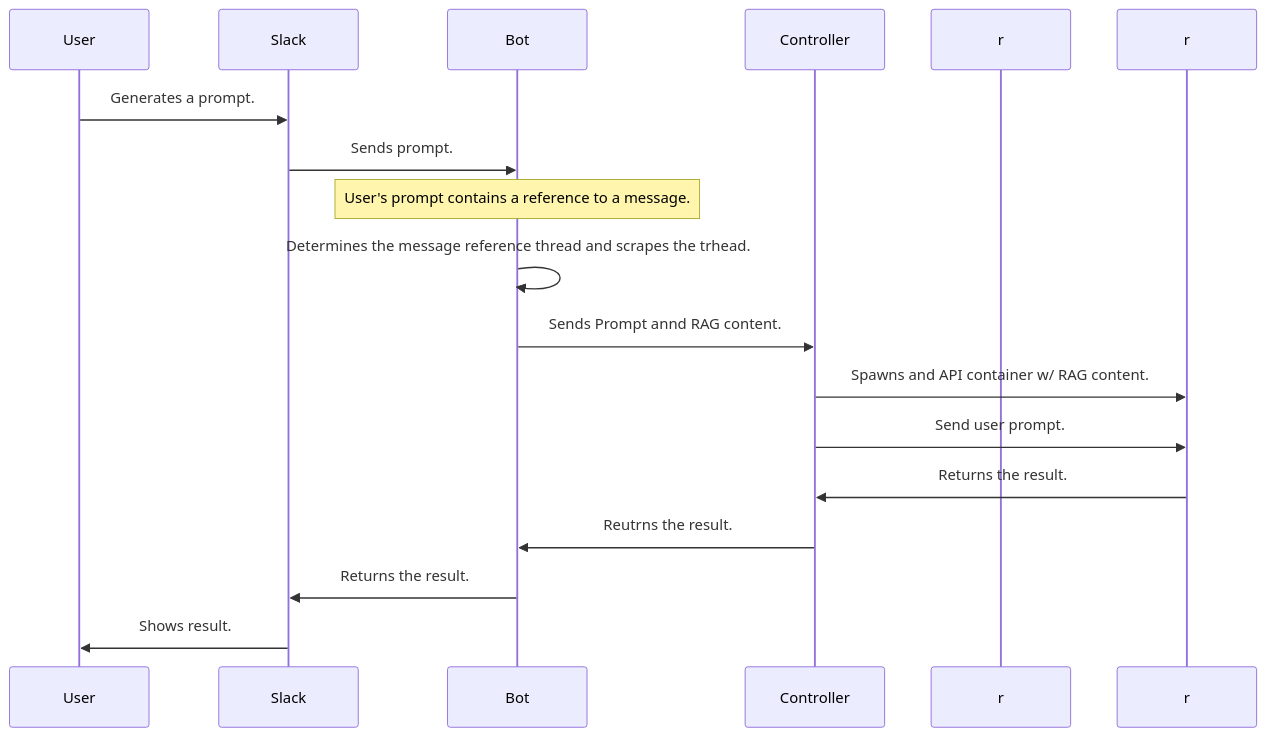
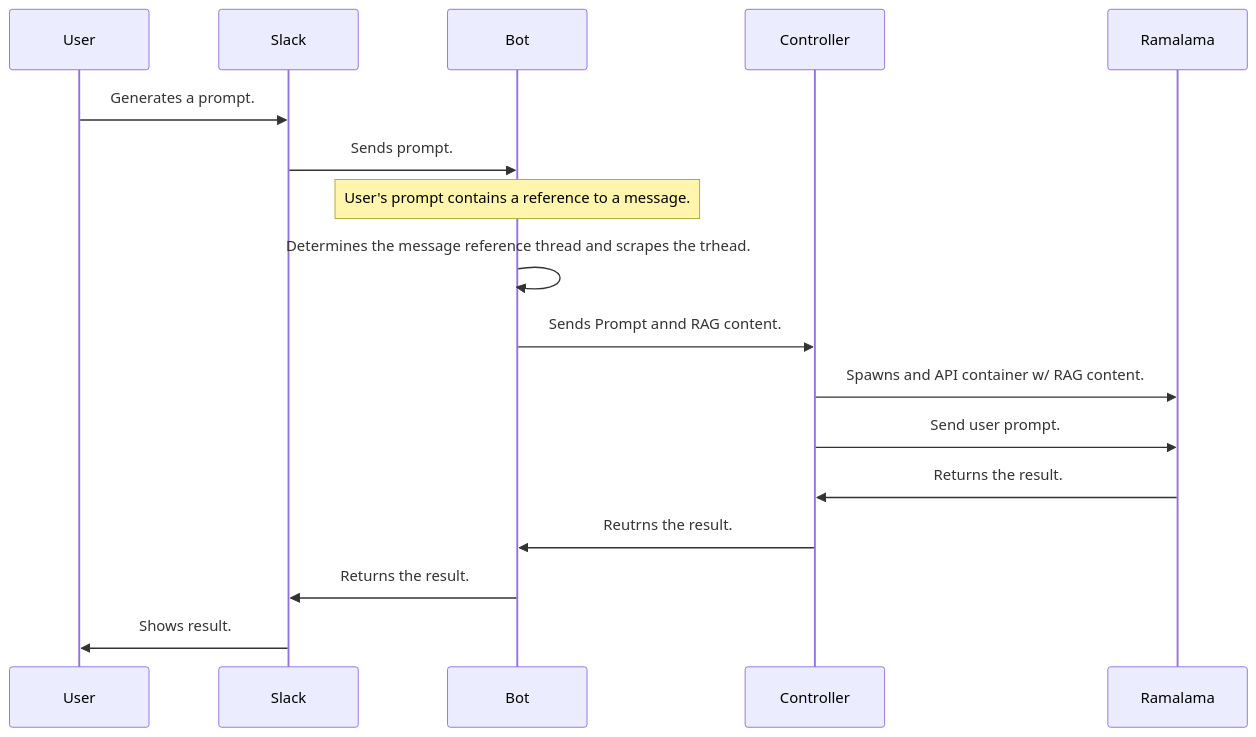
One commit to techdev5521/dramalama changed the diagram in README.md. Above: the diagram before and after it, drawn with Mermaid.

Commit message:
Correct RamaLama actor

````diff
--- a/README.md
+++ b/README.md
@@ -6,21 +6,21 @@
 ```mermaid
 sequenceDiagram
 
     participant User
     participant Slack
     participant Bot
     participant Controller
-    participant RamaLama as r
+    participant r as Ramalama
 
     User ->> Slack: Generates a prompt.
     Slack ->> Bot: Sends prompt.
     note over Bot: User's prompt contains a reference to a message.
     Bot ->> Bot: Determines the message reference thread and scrapes the trhead.
     Bot ->> Controller: Sends Prompt annd RAG content.
     Controller ->> r: Spawns and API container w/ RAG content.
     Controller ->> r: Send user prompt.
     r ->> Controller: Returns the result.
     Controller ->> Bot: Reutrns the result.
     Bot ->> Slack: Returns the result.
     Slack ->> User: Shows result.
 ```
````
